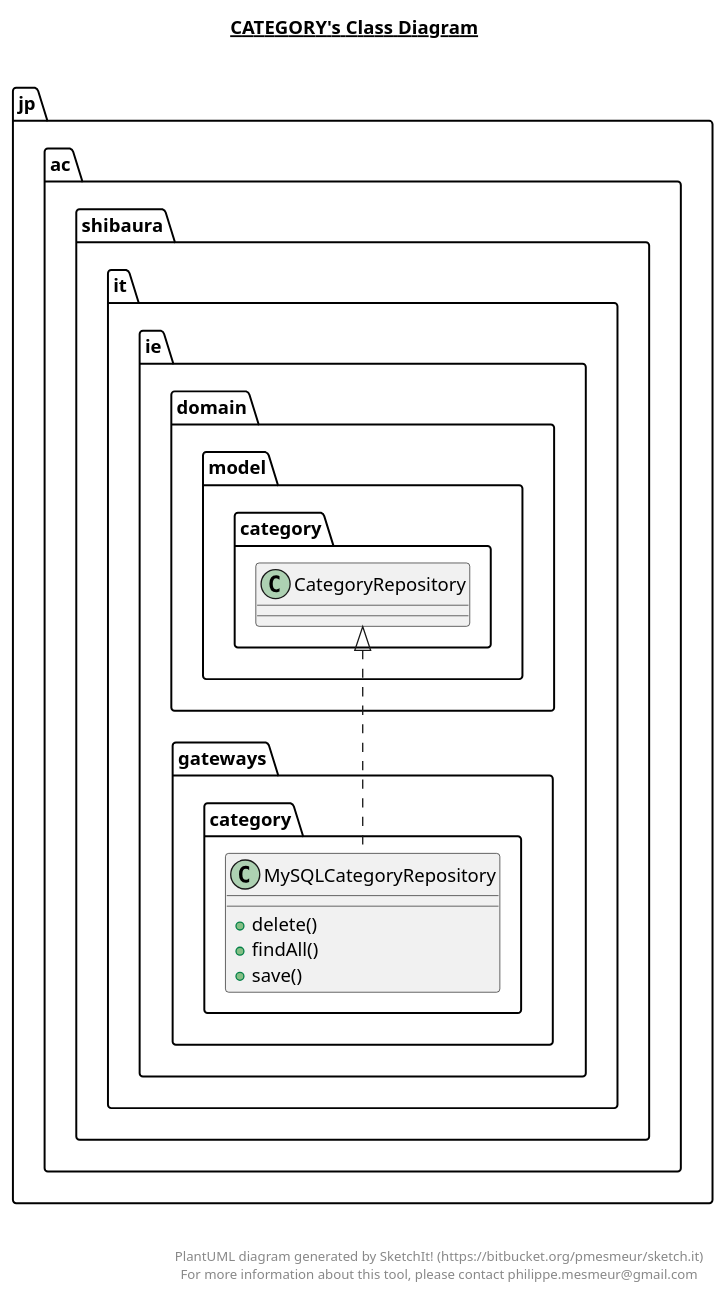
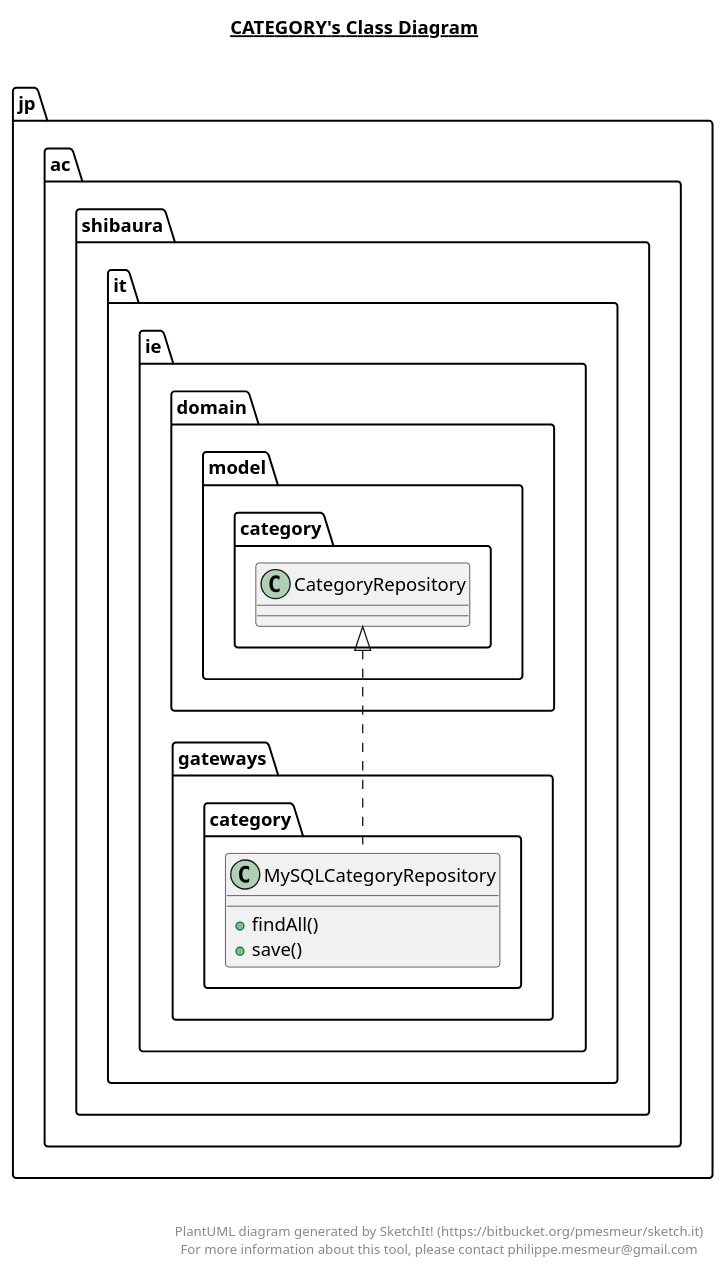
The diagram in src/jp/ac/shibaura/it/ie/gateways/category/category.plantuml (THEToilet/chatLobbyServer), drawn with PlantUML before and after one commit. The commit also changed 74 other files, not shown here.

```diff
--- a/src/jp/ac/shibaura/it/ie/gateways/category/category.plantuml
+++ b/src/jp/ac/shibaura/it/ie/gateways/category/category.plantuml
@@ -1,26 +1,25 @@
 @startuml
 
 title __CATEGORY's Class Diagram__\n
 
   namespace jp.ac.shibaura.it.ie {
     namespace gateways.category {
       class jp.ac.shibaura.it.ie.gateways.category.MySQLCategoryRepository {
-          + delete()
           + findAll()
           + save()
       }
     }
   }
   
 
   jp.ac.shibaura.it.ie.gateways.category.MySQLCategoryRepository .up.|> jp.ac.shibaura.it.ie.domain.model.category.CategoryRepository
 
 
 right footer
 
 
 PlantUML diagram generated by SketchIt! (https://bitbucket.org/pmesmeur/sketch.it)
 For more information about this tool, please contact philippe.mesmeur@gmail.com
 endfooter
 
 @enduml
```
